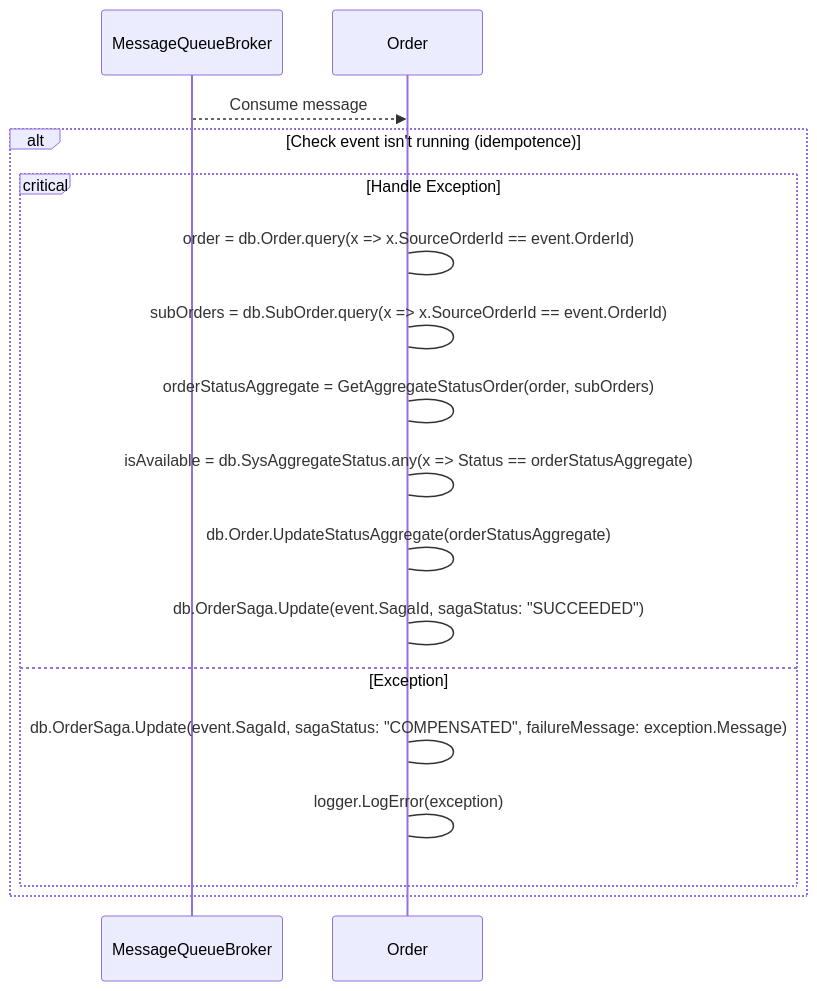
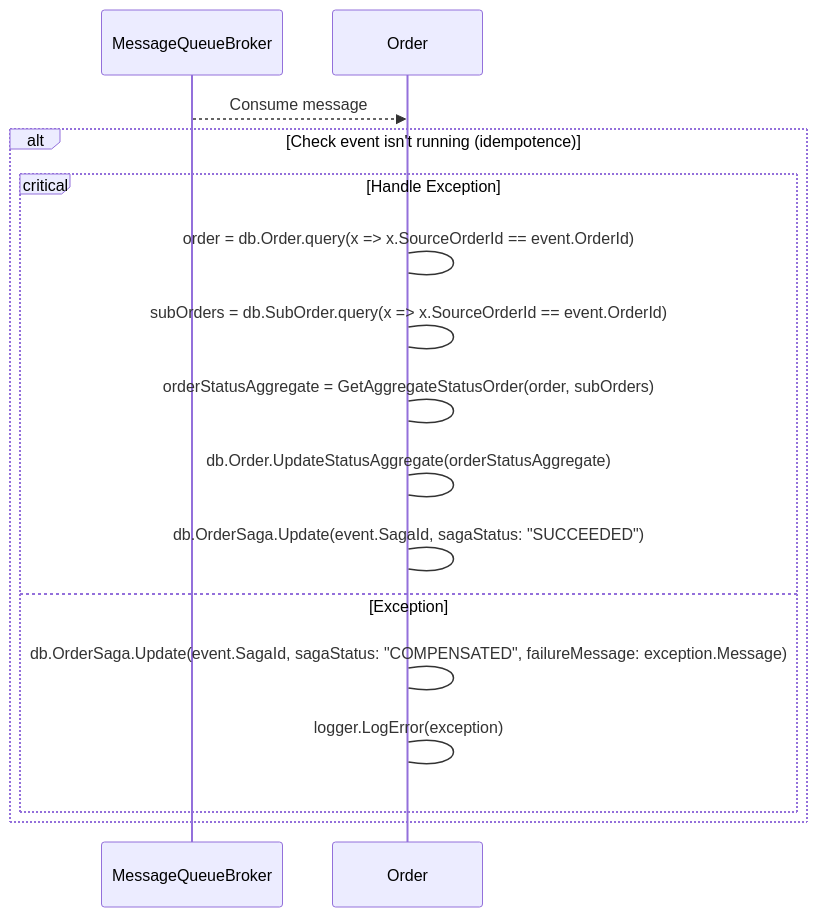
One commit to rosered11/org_document changed the diagram in SPC/Order/OrderStatus/step-3-sequence-consume-process.md. Above: the diagram before and after it, drawn with Mermaid. The commit also changed 2 other files, not shown here.

````diff
--- a/SPC/Order/OrderStatus/step-3-sequence-consume-process.md
+++ b/SPC/Order/OrderStatus/step-3-sequence-consume-process.md
@@ -1,19 +1,18 @@
 ```mermaid
 sequenceDiagram
     participant MessageQueueBroker
     participant Order
     MessageQueueBroker-->>Order: Consume message
     alt Check event isn't running (idempotence)
         critical Handle Exception
             Order->Order: order = db.Order.query(x => x.SourceOrderId == event.OrderId)
             Order->Order: subOrders = db.SubOrder.query(x => x.SourceOrderId == event.OrderId)
             Order->Order: orderStatusAggregate = GetAggregateStatusOrder(order, subOrders)
-            Order->Order: isAvailable = db.SysAggregateStatus.any(x => Status == orderStatusAggregate)
             Order->Order: db.Order.UpdateStatusAggregate(orderStatusAggregate)
                 Order->Order: db.OrderSaga.Update(event.SagaId, sagaStatus: "SUCCEEDED")
         option Exception
             Order->Order: db.OrderSaga.Update(event.SagaId, sagaStatus: "COMPENSATED", failureMessage: exception.Message)
             Order->Order: logger.LogError(exception)
         end
     end
 ```
````
